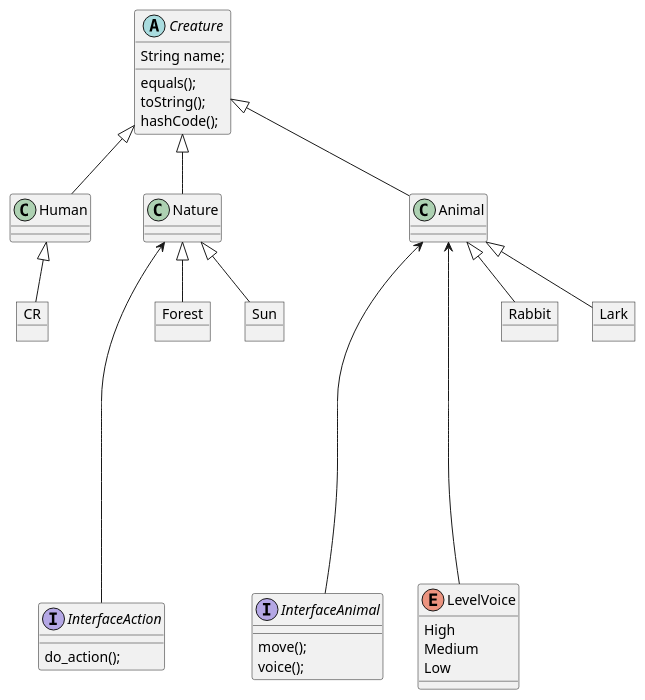
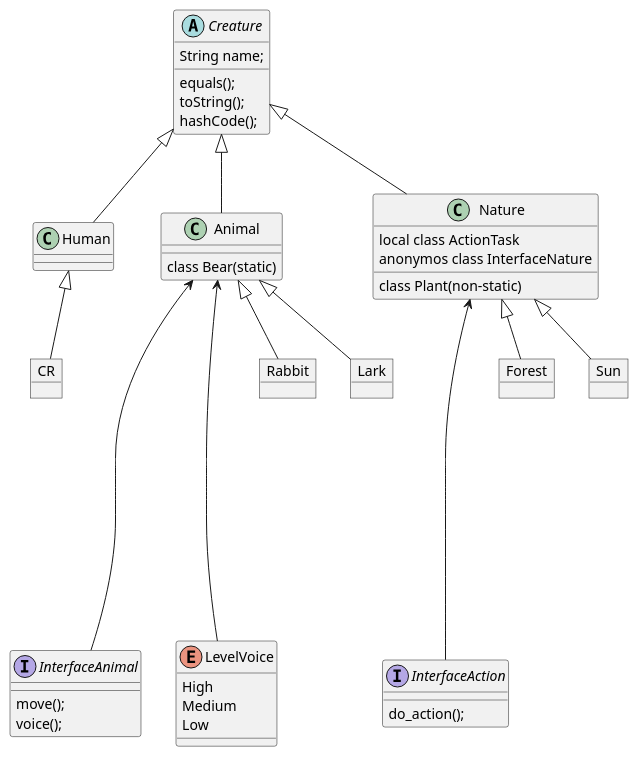
The diagram in lab4/diagramm_classes.puml (ImKDO/ITMO_SPPO), drawn with PlantUML before and after one commit. The commit also changed 9 other files, not shown here.

```diff
--- a/lab4/diagramm_classes.puml
+++ b/lab4/diagramm_classes.puml
@@ -1,75 +1,82 @@
 @startuml
 'https://plantuml.com/class-diagram
 
 'abstract class AbstractList
 'abstract AbstractCollection
 'interface List
 'interface Collection
 '
 'List <|-- AbstractList
 'Collection <|-- AbstractCollection
 '
 'Collection <|- List
 'AbstractCollection <|- AbstractList
 'AbstractList <|-- ArrayList
 '
 'class ArrayList {
 'Object[] elementData
 'size()
 '}
 '
 'enum TimeUnit {
 'DAYS
 'HOURS
 'MINUTES
 '}
 abstract class Сreature{
     String name;
     equals();
     toString();
     hashCode();
 }
 
 
 class Human
-class Nature
-class Animal
+class Animal{
+    class Bear(static)
+}
+
+class Nature{
+    class Plant(non-static)
+    local class ActionTask
+    anonymos class InterfaceNature
+}
 
 
 interface InterfaceAnimal{
     move();
     voice();
 }
 interface InterfaceAction{
     do_action();
 }
 
 enum LevelVoice{
     High
     Medium
     Low
 }
 
 object CR
 object Rabbit
 object Lark
 object Forest
 object Sun
 
 
 Сreature <|-- Human
 Сreature <|-- Nature
 Сreature <|-- Animal
 Animal <|-- Lark
 Animal <|-- Rabbit
 Nature <|-- Forest
 Nature <|-- Sun
 Human <|-- CR
 
 Animal <------ InterfaceAnimal
 Nature <------ InterfaceAction
 Animal <------ LevelVoice
 
 
 
 @enduml
```
